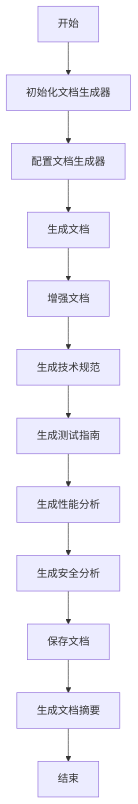
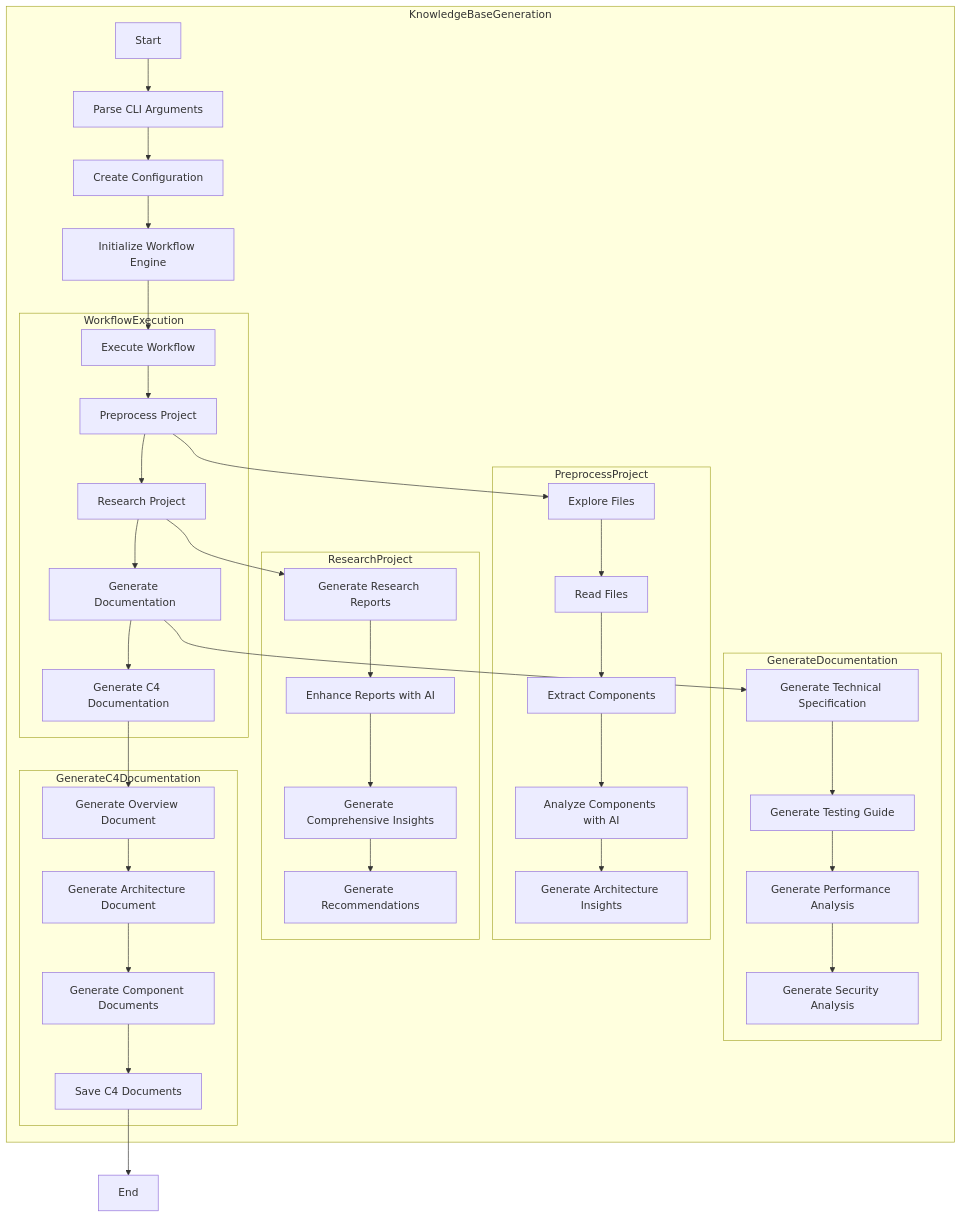
Before and after one commit to BigtoC/deepwiki-rs: the second of 3 diagrams in litho.docs/Architecture.md, drawn with Mermaid. The commit also changed other lines of this file and 18 other files, not shown here.

````diff
--- a/litho.docs/Architecture.md
+++ b/litho.docs/Architecture.md
@@ -218,14 +105,47 @@
 ```mermaid
 flowchart TD
-    A[开始] --> B[初始化文档生成器]
-    B --> C[配置文档生成器]
-    C --> D[生成文档]
-    D --> E[增强文档]
-    E --> F[生成技术规范]
-    F --> G[生成测试指南]
-    G --> H[生成性能分析]
-    H --> I[生成安全分析]
-    I --> J[保存文档]
-    J --> K[生成文档摘要]
-    K --> L[结束]
+    subgraph KnowledgeBaseGeneration
+        A[Start] --> B[Parse CLI Arguments]
+        B --> C[Create Configuration]
+        C --> D[Initialize Workflow Engine]
+        D --> E[Execute Workflow]
+        
+        subgraph WorkflowExecution
+            E --> F[Preprocess Project]
+            F --> G[Research Project]
+            G --> H[Generate Documentation]
+            H --> I[Generate C4 Documentation]
+        end
+        
+        subgraph PreprocessProject
+            F --> F1[Explore Files]
+            F1 --> F2[Read Files]
+            F2 --> F3[Extract Components]
+            F3 --> F4[Analyze Components with AI]
+            F4 --> F5[Generate Architecture Insights]
+        end
+        
+        subgraph ResearchProject
+            G --> G1[Generate Research Reports]
+            G1 --> G2[Enhance Reports with AI]
+            G2 --> G3[Generate Comprehensive Insights]
+            G3 --> G4[Generate Recommendations]
+        end
+        
+        subgraph GenerateDocumentation
+            H --> H1[Generate Technical Specification]
+            H1 --> H2[Generate Testing Guide]
+            H2 --> H3[Generate Performance Analysis]
+            H3 --> H4[Generate Security Analysis]
+        end
+        
+        subgraph GenerateC4Documentation
+            I --> I1[Generate Overview Document]
+            I1 --> I2[Generate Architecture Document]
+            I2 --> I3[Generate Component Documents]
+            I3 --> I4[Save C4 Documents]
+        end
+    end
+    
+    I4 --> J[End]
 ```
````
